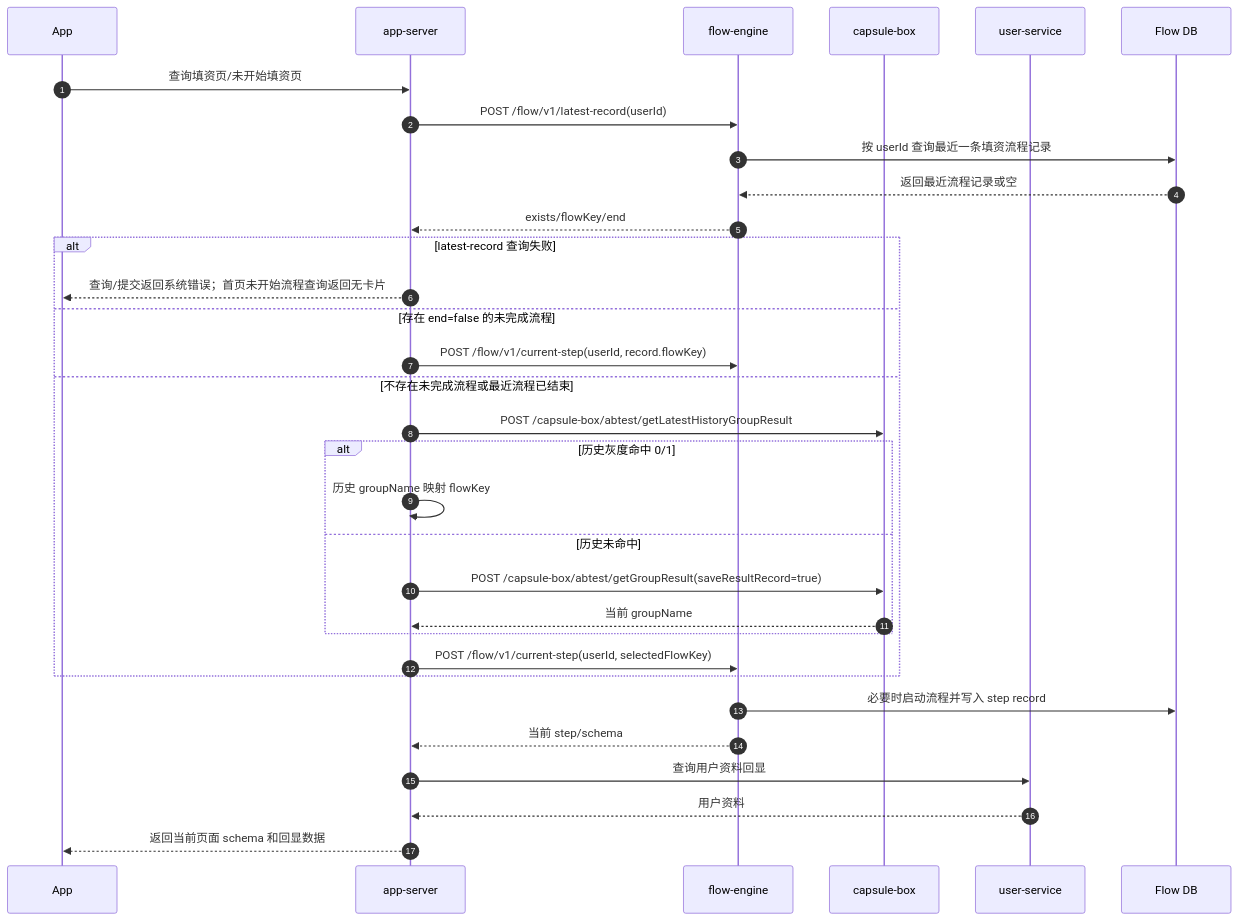
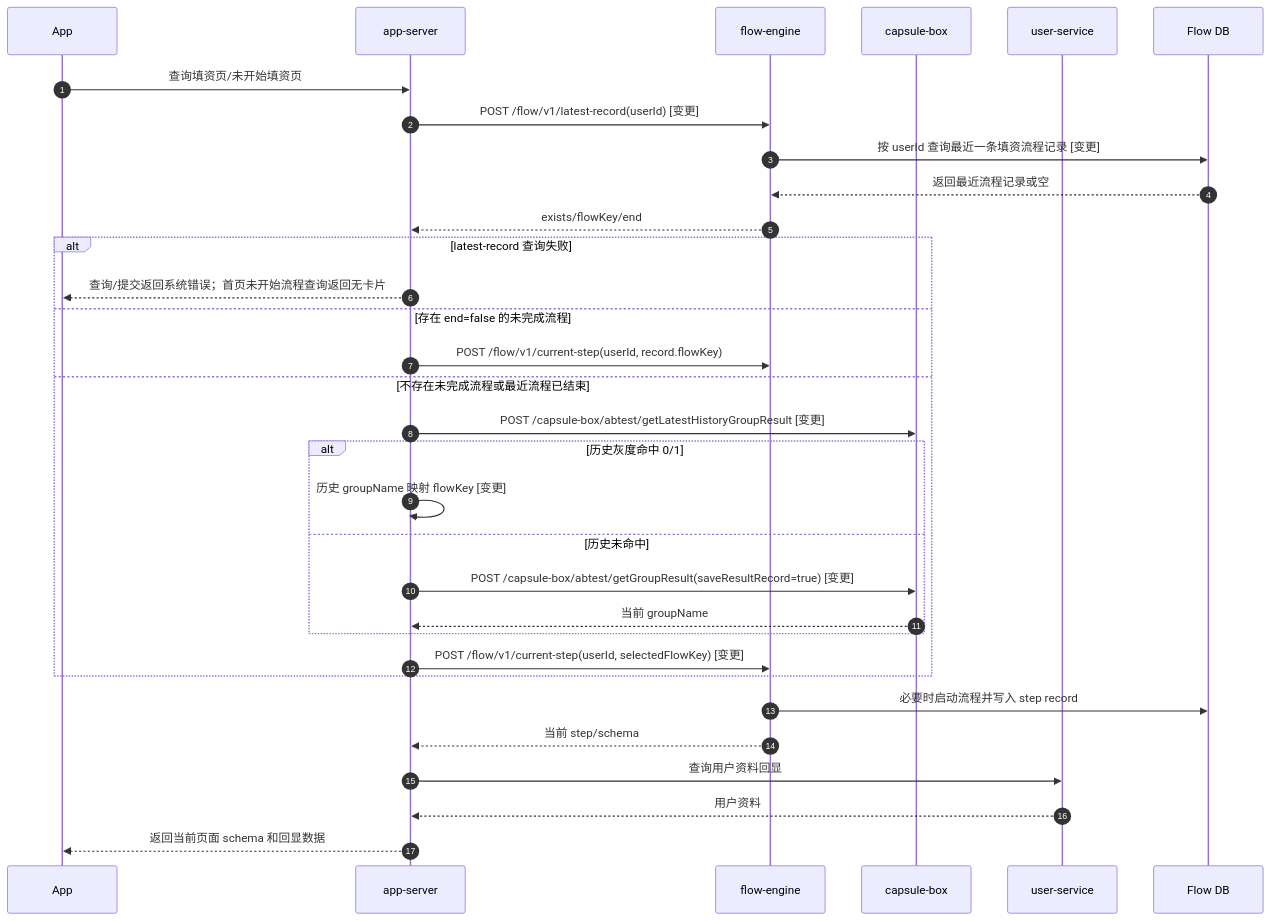
Before and after one commit to yikolemon/mgm-test: the first of 3 diagrams in 戳额流程优化技术文档.md, drawn with Mermaid. The commit also changed other lines of this file, not shown here.

````diff
--- a/戳额流程优化技术文档.md
+++ b/戳额流程优化技术文档.md
@@ -25,35 +25,35 @@
 ```mermaid
 sequenceDiagram
   autonumber
   participant App as App
   participant AppServer as app-server
   participant FlowEngine as flow-engine
   participant CapsuleBox as capsule-box
   participant UserService as user-service
   participant FlowDB as Flow DB
 
   App ->> AppServer: 查询填资页/未开始填资页
-  AppServer ->> FlowEngine: POST /flow/v1/latest-record(userId)
-  FlowEngine ->> FlowDB: 按 userId 查询最近一条填资流程记录
+  AppServer ->> FlowEngine: POST /flow/v1/latest-record(userId) [变更]
+  FlowEngine ->> FlowDB: 按 userId 查询最近一条填资流程记录 [变更]
   FlowDB -->> FlowEngine: 返回最近流程记录或空
   FlowEngine -->> AppServer: exists/flowKey/end
   alt latest-record 查询失败
     AppServer -->> App: 查询/提交返回系统错误；首页未开始流程查询返回无卡片
   else 存在 end=false 的未完成流程
     AppServer ->> FlowEngine: POST /flow/v1/current-step(userId, record.flowKey)
   else 不存在未完成流程或最近流程已结束
-    AppServer ->> CapsuleBox: POST /capsule-box/abtest/getLatestHistoryGroupResult
+    AppServer ->> CapsuleBox: POST /capsule-box/abtest/getLatestHistoryGroupResult  [变更]
     alt 历史灰度命中 0/1
-      AppServer ->> AppServer: 历史 groupName 映射 flowKey
+      AppServer ->> AppServer: 历史 groupName 映射 flowKey  [变更]
     else 历史未命中
-      AppServer ->> CapsuleBox: POST /capsule-box/abtest/getGroupResult(saveResultRecord=true)
+      AppServer ->> CapsuleBox: POST /capsule-box/abtest/getGroupResult(saveResultRecord=true)  [变更]
       CapsuleBox -->> AppServer: 当前 groupName
     end
-    AppServer ->> FlowEngine: POST /flow/v1/current-step(userId, selectedFlowKey)
+    AppServer ->> FlowEngine: POST /flow/v1/current-step(userId, selectedFlowKey)  [变更]
   end
   FlowEngine ->> FlowDB: 必要时启动流程并写入 step record
   FlowEngine -->> AppServer: 当前 step/schema
   AppServer ->> UserService: 查询用户资料回显
   UserService -->> AppServer: 用户资料
   AppServer -->> App: 返回当前页面 schema 和回显数据
 ```
````
